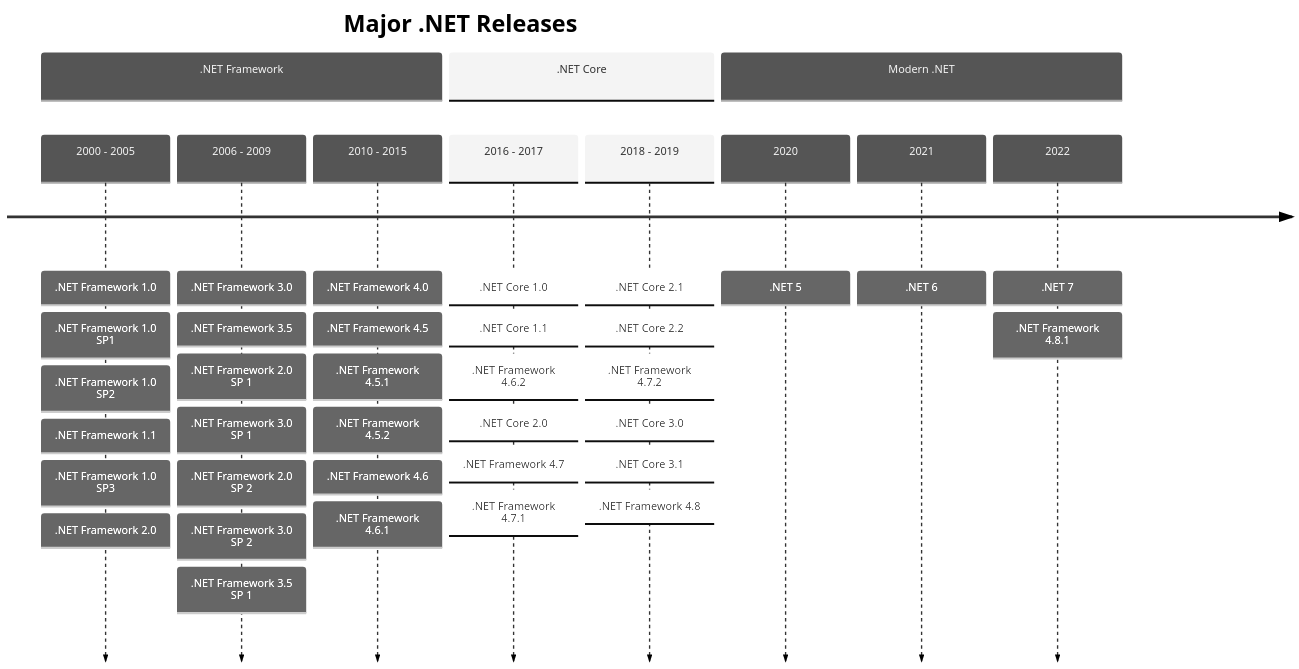
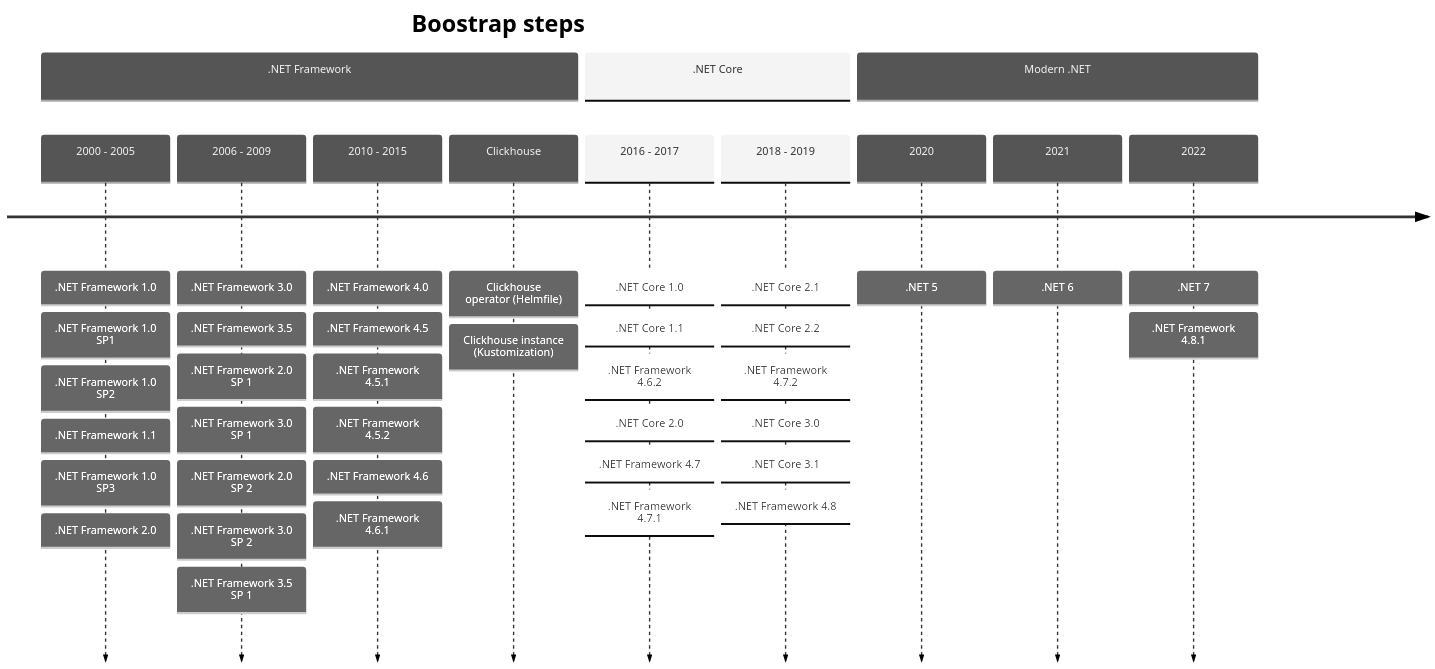
One commit to Real-World-ML/glassflow-demo changed the diagram in README.md. Above: the diagram before and after it, drawn with Mermaid (neutral theme). The commit also changed other lines of this file, not shown here.

Commit message:
README updates

````diff
--- a/README.md
+++ b/README.md
@@ -4,48 +5,51 @@
 ```mermaid
 
 timeline
-    title Major .NET Releases
+    title Boostrap steps
     section .NET Framework
         2000 - 2005 
              : .NET Framework 1.0
              : .NET Framework 1.0 SP1
              : .NET Framework 1.0 SP2
              : .NET Framework 1.1
              : .NET Framework 1.0 SP3
              : .NET Framework 2.0
         2006 - 2009 
              : .NET Framework 3.0
              : .NET Framework 3.5 
              : .NET Framework 2.0 SP 1 
              : .NET Framework 3.0 SP 1 
              : .NET Framework 2.0 SP 2 
              : .NET Framework 3.0 SP 2 
              : .NET Framework 3.5 SP 1
         2010 - 2015 
              : .NET Framework 4.0
              : .NET Framework 4.5
              : .NET Framework 4.5.1
              : .NET Framework 4.5.2
              : .NET Framework 4.6
              : .NET Framework 4.6.1
+        Clickhouse
+             : Clickhouse operator (Helmfile)
+             : Clickhouse instance (Kustomization)
     section .NET Core
         2016 - 2017 
              : .NET Core 1.0
              : .NET Core 1.1
              : .NET Framework 4.6.2
              : .NET Core 2.0
              : .NET Framework 4.7
              : .NET Framework 4.7.1
         2018 - 2019 
              : .NET Core 2.1
              : .NET Core 2.2
              : .NET Framework 4.7.2             
              : .NET Core 3.0
              : .NET Core 3.1
              : .NET Framework 4.8
     section Modern .NET
         2020 : .NET 5
         2021 : .NET 6
         2022 : .NET 7
              : .NET Framework 4.8.1
 ```
````
